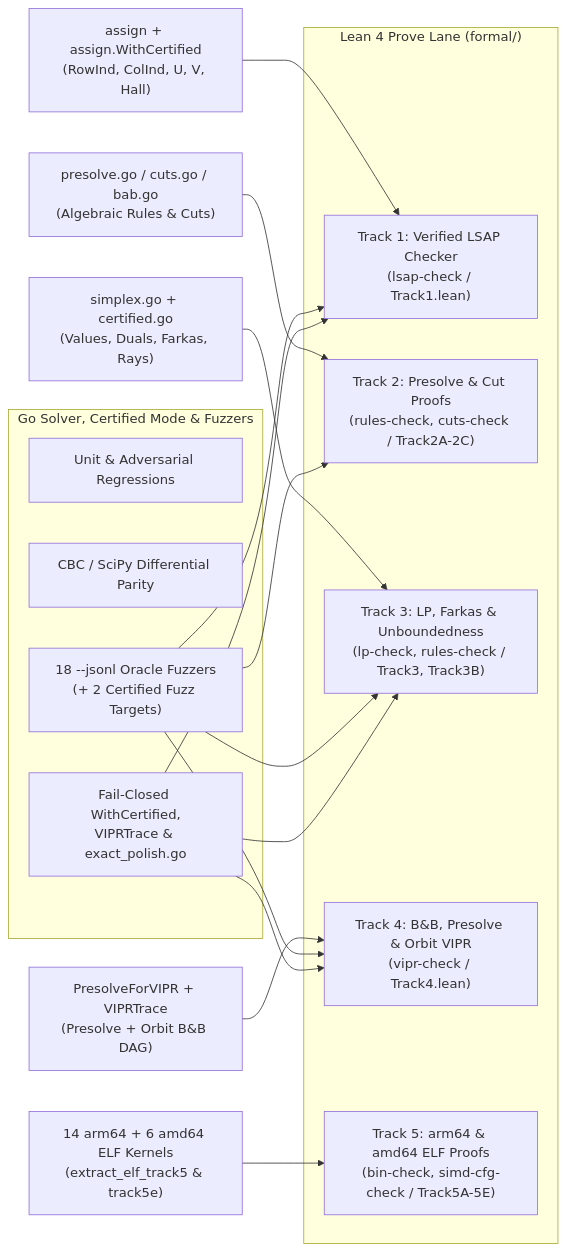
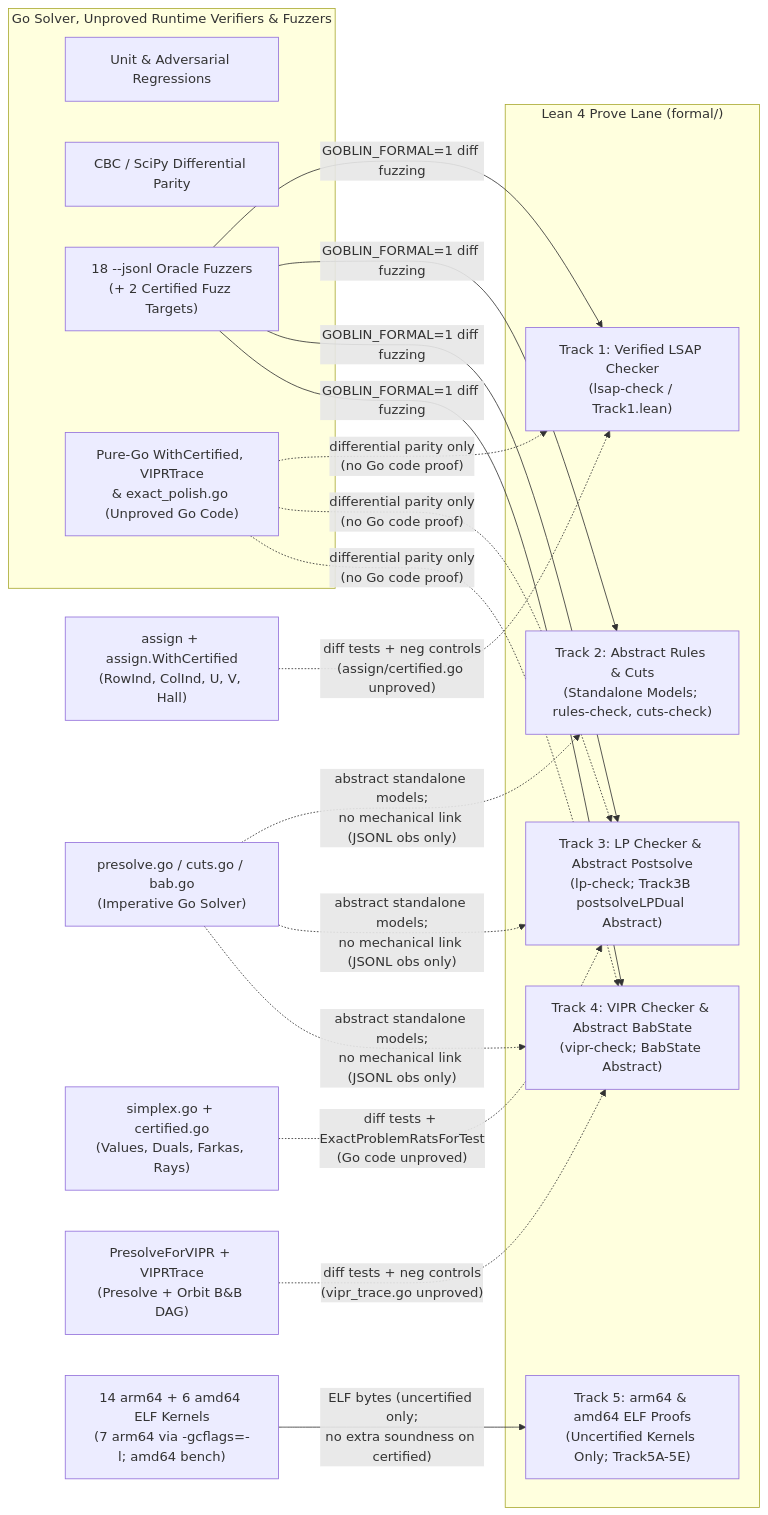
The diagram in docs/formal-verification.md (paulourio/goblin), drawn with Mermaid before and after one commit. The commit also changed other lines of this file and 6 other files, not shown here.

````diff
--- a/docs/formal-verification.md
+++ b/docs/formal-verification.md
@@ -15,25 +15,25 @@
 ```mermaid
 flowchart LR
-    subgraph GoLane["Go Solver, Certified Mode & Fuzzers"]
+    subgraph GoLane["Go Solver, Unproved Runtime Verifiers & Fuzzers"]
         G1["Unit & Adversarial Regressions"]
         G2["CBC / SciPy Differential Parity"]
         G3["18 --jsonl Oracle Fuzzers\n(+ 2 Certified Fuzz Targets)"]
-        G4["Fail-Closed WithCertified,\nVIPRTrace & exact_polish.go"]
+        G4["Pure-Go WithCertified, VIPRTrace\n& exact_polish.go (Unproved Go Code)"]
     end
 
     subgraph ProveLane["Lean 4 Prove Lane (formal/)"]
         P1["Track 1: Verified LSAP Checker\n(lsap-check / Track1.lean)"]
-        P2["Track 2: Presolve & Cut Proofs\n(rules-check, cuts-check / Track2A-2C)"]
-        P3["Track 3: LP, Farkas & Unboundedness\n(lp-check, rules-check / Track3, Track3B)"]
-        P4["Track 4: B&B, Presolve & Orbit VIPR\n(vipr-check / Track4.lean)"]
-        P5["Track 5: arm64 & amd64 ELF Proofs\n(bin-check, simd-cfg-check / Track5A-5E)"]
+        P2["Track 2: Abstract Rules & Cuts\n(Standalone Models; rules-check, cuts-check)"]
+        P3["Track 3: LP Checker & Abstract Postsolve\n(lp-check; Track3B postsolveLPDual Abstract)"]
+        P4["Track 4: VIPR Checker & Abstract BabState\n(vipr-check; BabState Abstract)"]
+        P5["Track 5: arm64 & amd64 ELF Proofs\n(Uncertified Kernels Only; Track5A-5E)"]
     end
 
-    A["assign + assign.WithCertified\n(RowInd, ColInd, U, V, Hall)"] --> P1
-    B["presolve.go / cuts.go / bab.go\n(Algebraic Rules & Cuts)"] --> P2
-    C["simplex.go + certified.go\n(Values, Duals, Farkas, Rays)"] --> P3
-    D["PresolveForVIPR + VIPRTrace\n(Presolve + Orbit B&B DAG)"] --> P4
-    E["14 arm64 + 6 amd64 ELF Kernels\n(extract_elf_track5 & track5e)"] --> P5
-    G3 --> P1 & P2 & P3 & P4
-    G4 --> P1 & P3 & P4
+    A["assign + assign.WithCertified\n(RowInd, ColInd, U, V, Hall)"] -.->|"diff tests + neg controls\n(assign/certified.go unproved)"| P1
+    B["presolve.go / cuts.go / bab.go\n(Imperative Go Solver)"] -.->|"abstract standalone models;\nno mechanical link (JSONL obs only)"| P2 & P3 & P4
+    C["simplex.go + certified.go\n(Values, Duals, Farkas, Rays)"] -.->|"diff tests + ExactProblemRatsForTest\n(Go code unproved)"| P3
+    D["PresolveForVIPR + VIPRTrace\n(Presolve + Orbit B&B DAG)"] -.->|"diff tests + neg controls\n(vipr_trace.go unproved)"| P4
+    E["14 arm64 + 6 amd64 ELF Kernels\n(7 arm64 via -gcflags=-l; amd64 bench)"] -->|"ELF bytes (uncertified only;\nno extra soundness on certified)"| P5
+    G3 -->|"GOBLIN_FORMAL=1 diff fuzzing"| P1 & P2 & P3 & P4
+    G4 -.->|"differential parity only\n(no Go code proof)"| P1 & P3 & P4
 ```
````
